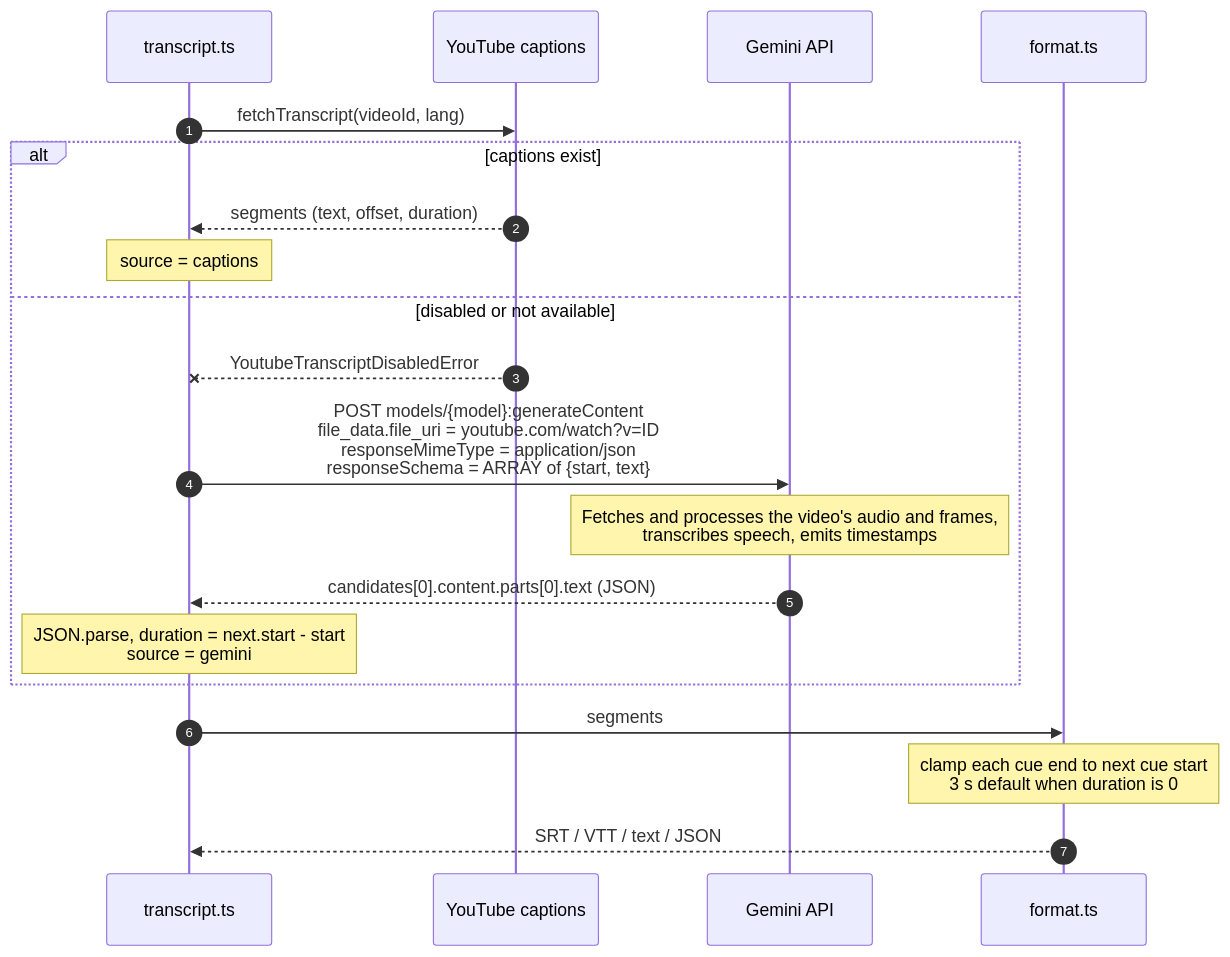
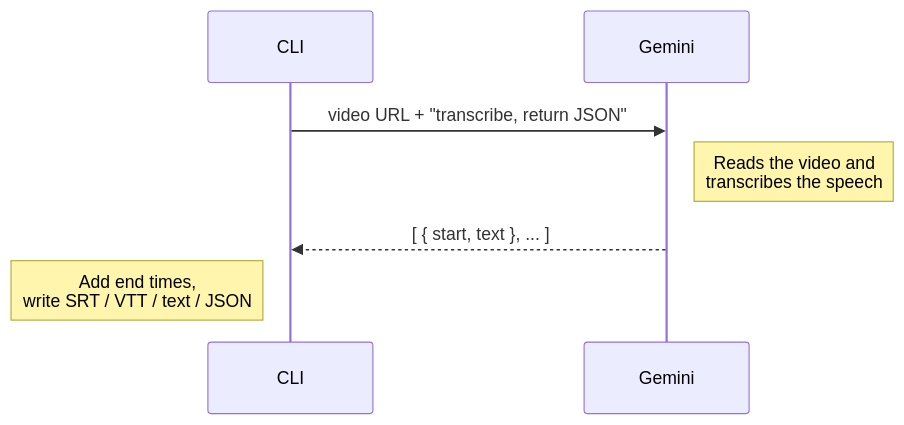
Before and after one commit to twbraam/pila: the second of 2 diagrams in README.md, drawn with Mermaid. The commit also changed other lines of this file and 5 other files, not shown here.

````diff
--- a/README.md
+++ b/README.md
@@ -66,23 +52,9 @@
 ```mermaid
 sequenceDiagram
-    autonumber
-    participant CLI as transcript.ts
-    participant YT as YouTube captions
-    participant G as Gemini API
-    participant F as format.ts
-
-    CLI->>YT: fetchTranscript(videoId, lang)
-    alt captions exist
-        YT-->>CLI: segments (text, offset, duration)
-        Note over CLI: source = captions
-    else disabled or not available
-        YT--xCLI: YoutubeTranscriptDisabledError
-        CLI->>G: POST models/{model}:generateContent<br/>file_data.file_uri = youtube.com/watch?v=ID<br/>responseMimeType = application/json<br/>responseSchema = ARRAY of {start, text}
-        Note over G: Fetches and processes the video's audio and frames,<br/>transcribes speech, emits timestamps
-        G-->>CLI: candidates[0].content.parts[0].text (JSON)
-        Note over CLI: JSON.parse, duration = next.start - start<br/>source = gemini
-    end
-    CLI->>F: segments
-    Note over F: clamp each cue end to next cue start<br/>3 s default when duration is 0
-    F-->>CLI: SRT / VTT / text / JSON
+    participant CLI
+    participant Gemini
+    CLI->>Gemini: video URL + "transcribe, return JSON"
+    Note right of Gemini: Reads the video and<br/>transcribes the speech
+    Gemini-->>CLI: [ { start, text }, ... ]
+    Note left of CLI: Add end times,<br/>write SRT / VTT / text / JSON
 ```
````
